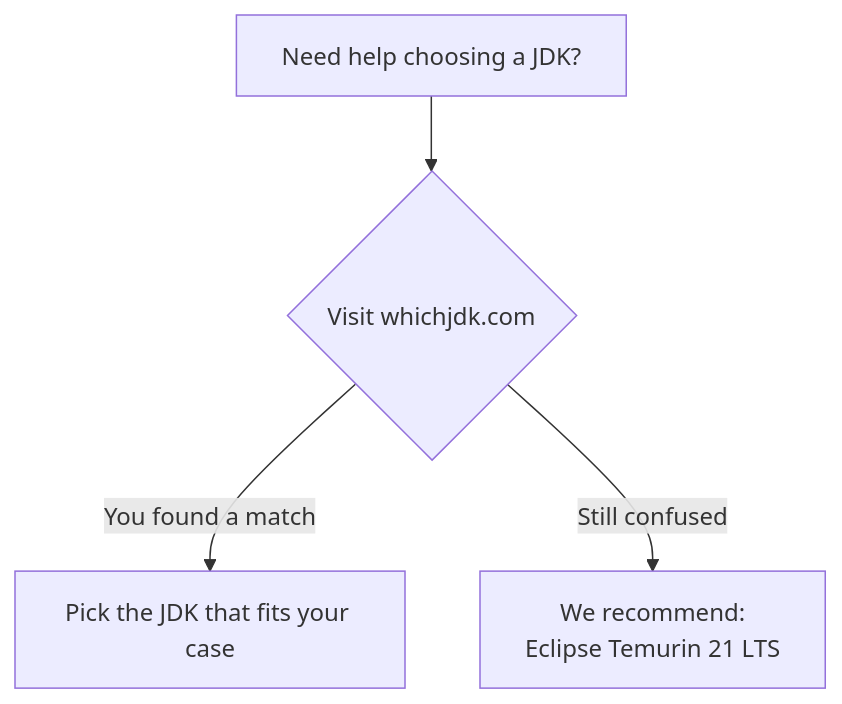
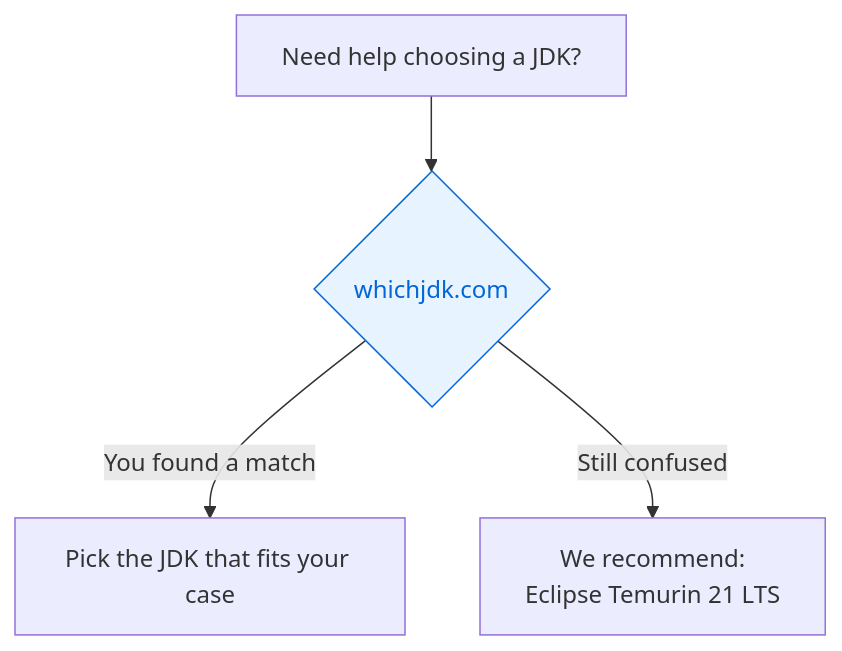
The diagram in _posts/2025-12-27-java-macOS.md (Siddhant/siddhant.github.io), drawn with Mermaid before and after one commit.

````diff
--- a/_posts/2025-12-27-java-macOS.md
+++ b/_posts/2025-12-27-java-macOS.md
@@ -105,7 +105,8 @@
 ```mermaid
 flowchart TD
-    A[Need help choosing a JDK?] --> B{Visit whichjdk.com}
+    A[Need help choosing a JDK?] --> B{whichjdk.com}
     B -->|You found a match| C[Pick the JDK that fits your case]
     B -->|Still confused| D[We recommend:<br/>Eclipse Temurin 21 LTS]
     click B "https://whichjdk.com" _blank
+    style B fill:#e7f3ff,stroke:#0366d6,color:#0366d6
 ```
````
